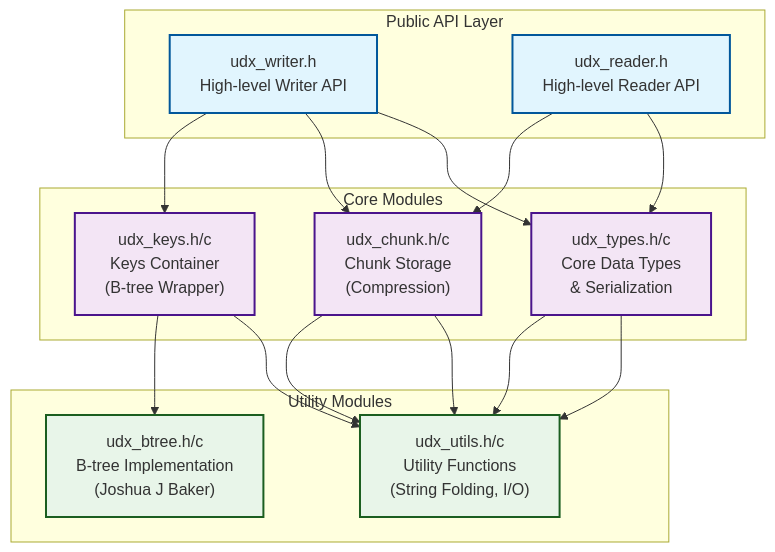
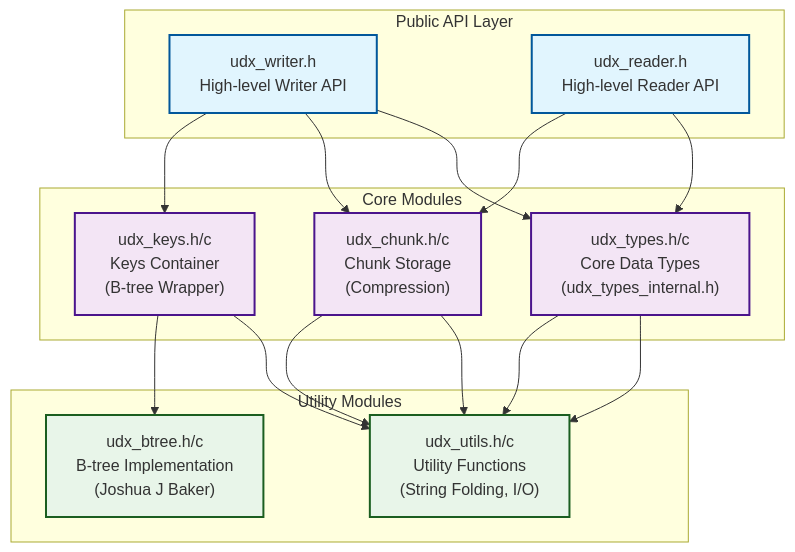
One commit to unidict/udx changed the first of 3 diagrams in docs/architecture.md. Above: the diagram before and after it, drawn with Mermaid. The commit also changed other lines of this file and 5 other files, not shown here.

````diff
--- a/docs/architecture.md
+++ b/docs/architecture.md
@@ -36,43 +36,43 @@
 ```mermaid
 %%{init: {"flowchart": {"diagramPadding": 150}}}%%
 graph TB
     subgraph API["Public API Layer"]
         Writer["udx_writer.h<br/>High-level Writer API"]
         Reader["udx_reader.h<br/>High-level Reader API"]
     end
 
     subgraph Core["Core Modules"]
         Chunk["udx_chunk.h/c<br/>Chunk Storage<br/>(Compression)"]
         Keys["udx_keys.h/c<br/>Keys Container<br/>(B-tree Wrapper)"]
-        Types["udx_types.h/c<br/>Core Data Types<br/>& Serialization"]
+        Types["udx_types.h/c<br/>Core Data Types<br/>(udx_types_internal.h)"]
     end
 
     subgraph Util["Utility Modules"]
         BTree["udx_btree.h/c<br/>B-tree Implementation<br/>(Joshua J Baker)"]
         Helpers["udx_utils.h/c<br/>Utility Functions<br/>(String Folding, I/O)"]
     end
 
     %% Writer flow
     Writer --> Keys
     Writer --> Chunk
     Writer --> Types
     Keys --> BTree
     Keys --> Helpers
     Chunk --> Helpers
     Types --> Helpers
 
     %% Reader flow
     Reader --> Chunk
     Reader --> Types
     Chunk --> Helpers
     Types --> Helpers
 
     %% Styling
     classDef apiStyle fill:#e1f5fe,stroke:#01579b,stroke-width:2px
     classDef coreStyle fill:#f3e5f5,stroke:#4a148c,stroke-width:2px
     classDef utilStyle fill:#e8f5e9,stroke:#1b5e20,stroke-width:2px
 
     class Writer,Reader apiStyle
     class Chunk,Keys,Types coreStyle
     class BTree,Helpers utilStyle
 ```
````
